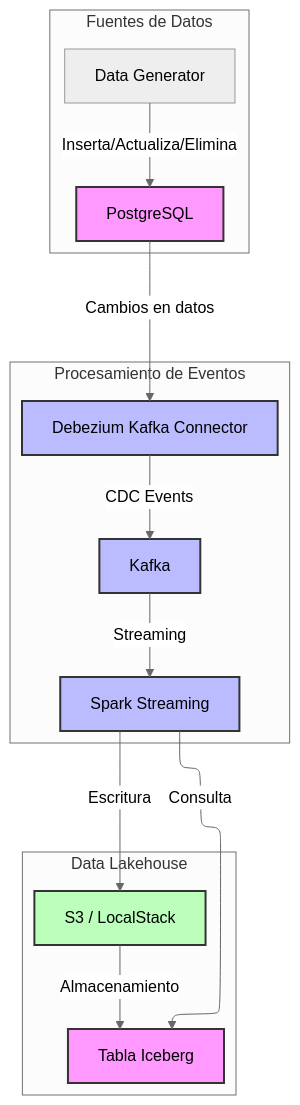
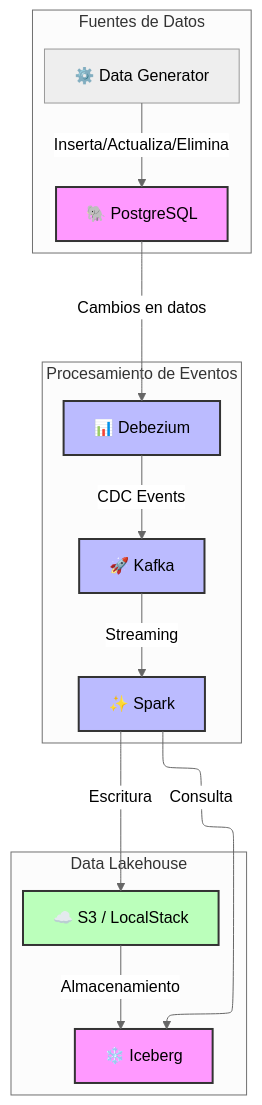
One commit to juancarlosmaldonadobeltran/lakehouse changed the diagram in SCRIPT.md. Above: the diagram before and after it, drawn with Mermaid.

````diff
--- a/SCRIPT.md
+++ b/SCRIPT.md
@@ -54,38 +54,38 @@
 ```mermaid
 ---
 config:
   theme: neutral
   look: classic
   layout: elk
 ---
 flowchart TD
     subgraph subGraph0["Fuentes de Datos"]
-        PG["PostgreSQL"]
-        DG["Data Generator"]
+        PG["🐘 PostgreSQL"]
+        DG["⚙️ Data Generator"]
     end
     subgraph subGraph1["Procesamiento de Eventos"]
-        DEB["Debezium Kafka Connector"]
-        KAFKA["Kafka"]
-        SPARK["Spark Streaming"]
+        DEB["📊 Debezium"]
+        KAFKA["🚀 Kafka"]
+        SPARK["✨ Spark"]
     end
     subgraph subGraph2["Data Lakehouse"]
-        S3["S3 / LocalStack"]
-        ICEBERG["Tabla Iceberg"]
+        S3["☁️ S3 / LocalStack"]
+        ICEBERG["❄️ Iceberg"]
     end
     PG -- Cambios en datos --> DEB
     DEB -- CDC Events --> KAFKA
     KAFKA -- Streaming --> SPARK
     SPARK -- Escritura --> S3
     SPARK -- Consulta --> ICEBERG
     S3 -- Almacenamiento --> ICEBERG
     DG -- Inserta/Actualiza/Elimina --> PG
     PG:::database
     DEB:::processing
     KAFKA:::processing
     SPARK:::processing
     S3:::storage
     ICEBERG:::database
     classDef database fill:#f9f,stroke:#333,stroke-width:2px
     classDef processing fill:#bbf,stroke:#333,stroke-width:2px
     classDef storage fill:#bfb,stroke:#333,stroke-width:2px
 ```
````
